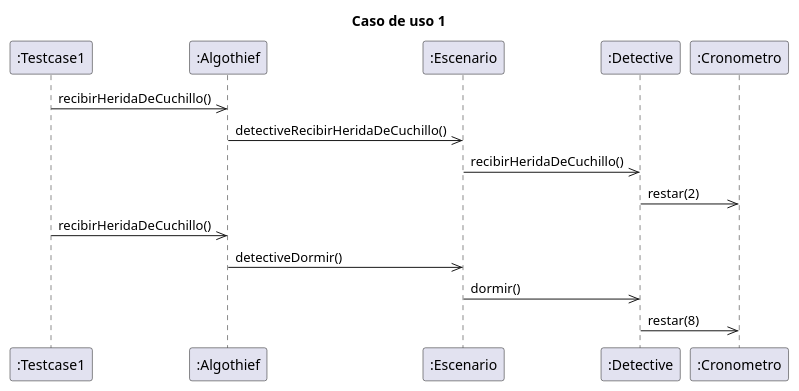
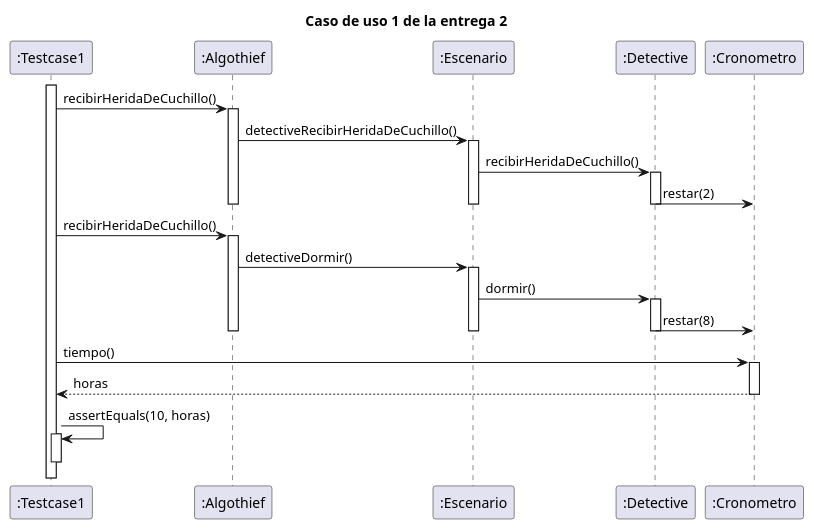
The diagram in diagrams/sequences/secuencia_entrega2_testcase01.plantuml (MegaRedHand/algo-thief), drawn with PlantUML before and after one commit. The commit also changed 2 other files, not shown here.

Commit message:
docs: genero diagrama entrega2 testcase01 y 02

```diff
--- a/diagrams/sequences/secuencia_entrega2_testcase01.plantuml
+++ b/diagrams/sequences/secuencia_entrega2_testcase01.plantuml
@@ -1,23 +1,42 @@
 @startuml
 
-title "Caso de uso 1"
+title "Caso de uso 1 de la entrega 2"
 
 participant ":Testcase1" as testcase
 participant ":Algothief" as algothief
 participant ":Escenario" as escenario
 participant ":Detective" as detective
 participant ":Cronometro" as cronometro
 
+activate testcase
+testcase -> algothief: recibirHeridaDeCuchillo()
+    activate algothief
+    algothief -> escenario: detectiveRecibirHeridaDeCuchillo()
+        activate escenario
+        escenario -> detective: recibirHeridaDeCuchillo()
+            activate detective
+            detective -> cronometro: restar(2)
+            deactivate detective
+        deactivate escenario
+    deactivate algothief
 
-testcase ->> algothief: recibirHeridaDeCuchillo()
-algothief ->> escenario: detectiveRecibirHeridaDeCuchillo()
-escenario ->> detective: recibirHeridaDeCuchillo()
-detective ->>cronometro:restar(2)
+testcase -> algothief: recibirHeridaDeCuchillo()
+    activate algothief
+    algothief -> escenario: detectiveDormir()
+        activate escenario
+        escenario -> detective: dormir()
+            activate detective
+            detective -> cronometro: restar(8)
+            deactivate detective
+        deactivate escenario
+    deactivate algothief
 
-testcase ->> algothief: recibirHeridaDeCuchillo()
-algothief ->> escenario: detectiveDormir()
-escenario ->> detective:dormir()
-detective ->> cronometro: restar(8)
+testcase -> cronometro: tiempo()
+    activate cronometro
+    return horas
 
+testcase -> testcase: assertEquals(10, horas)
+activate testcase
+deactivate testcase
 
 @enduml
```
